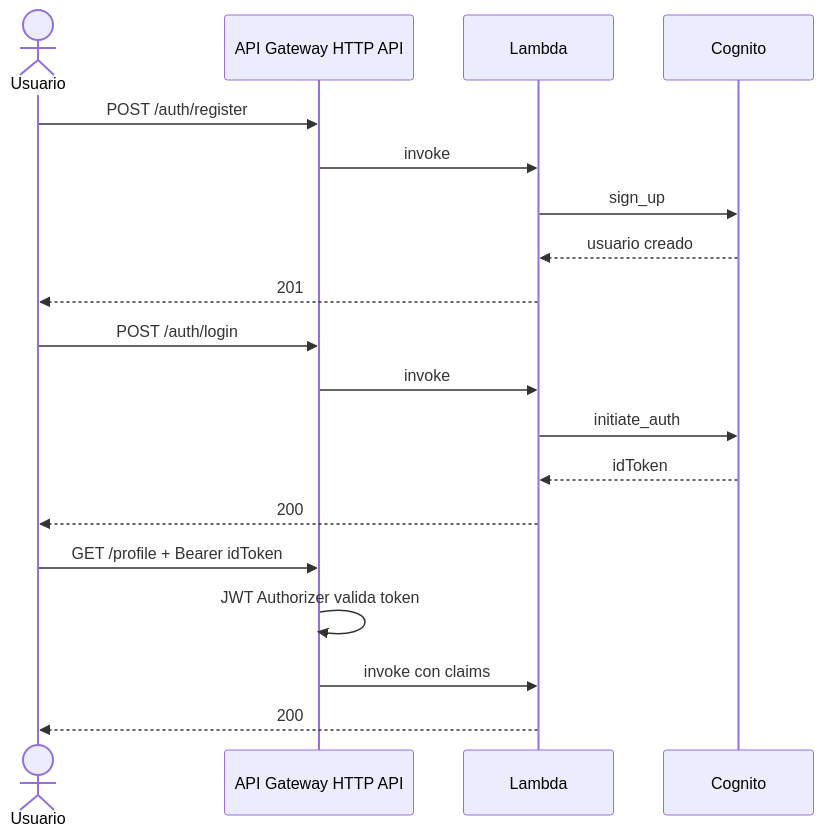
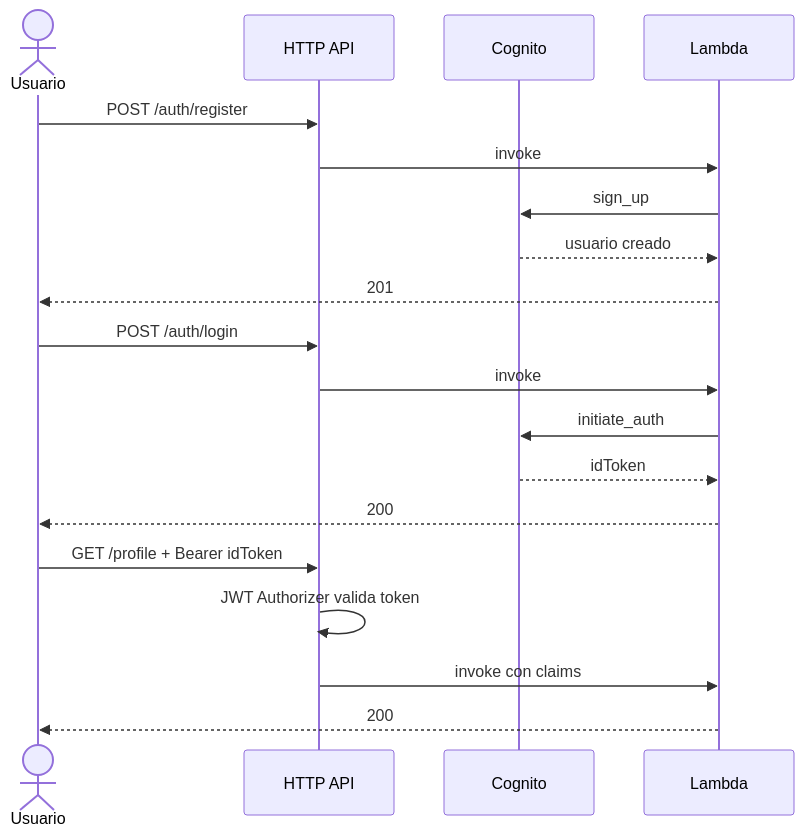
One commit to vladimiracunadev-create/proyectos-aws changed the second of 3 diagrams in caso-f-security-cognito/docs/architecture.md. Above: the diagram before and after it, drawn with Mermaid. The commit also changed other lines of this file and 8 other files, not shown here.

Commit message:
fix(caso-f): align demo and linked waf flow

````diff
--- a/caso-f-security-cognito/docs/architecture.md
+++ b/caso-f-security-cognito/docs/architecture.md
@@ -36,24 +42,24 @@
 ```mermaid
 sequenceDiagram
     actor U as Usuario
-    participant APIGW as API Gateway HTTP API
+    participant APIGW as HTTP API
+    participant C as Cognito
     participant L as Lambda
-    participant C as Cognito
 
     U->>APIGW: POST /auth/register
     APIGW->>L: invoke
     L->>C: sign_up
     C-->>L: usuario creado
     L-->>U: 201
 
     U->>APIGW: POST /auth/login
     APIGW->>L: invoke
     L->>C: initiate_auth
     C-->>L: idToken
     L-->>U: 200
 
     U->>APIGW: GET /profile + Bearer idToken
     APIGW->>APIGW: JWT Authorizer valida token
     APIGW->>L: invoke con claims
     L-->>U: 200
 ```
````
